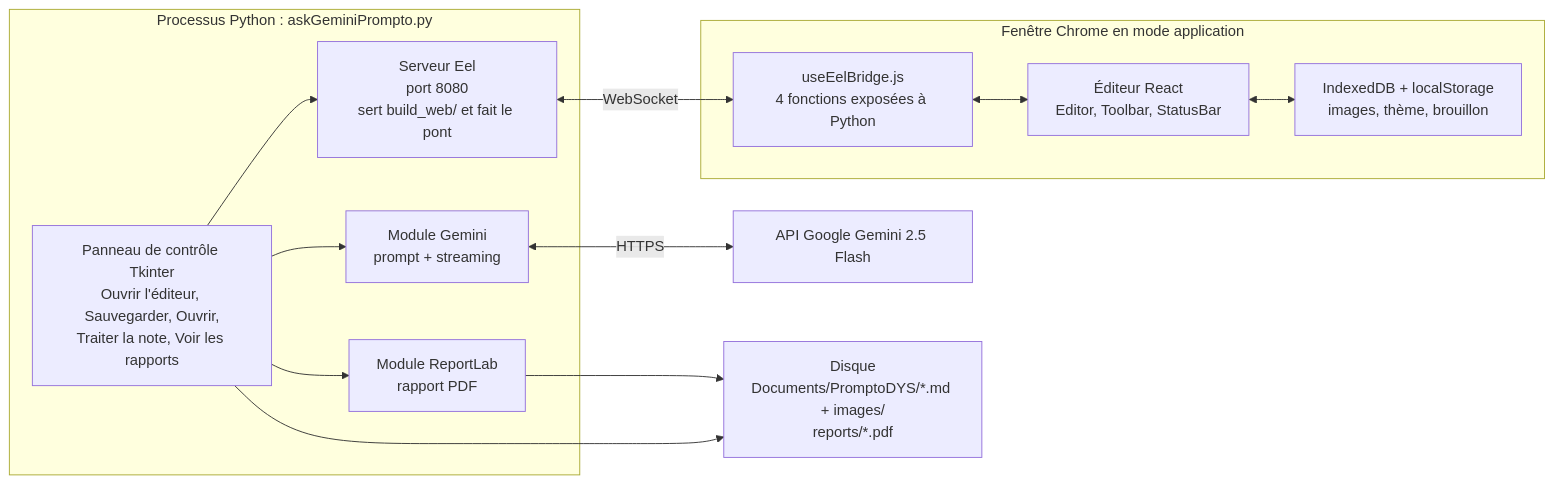
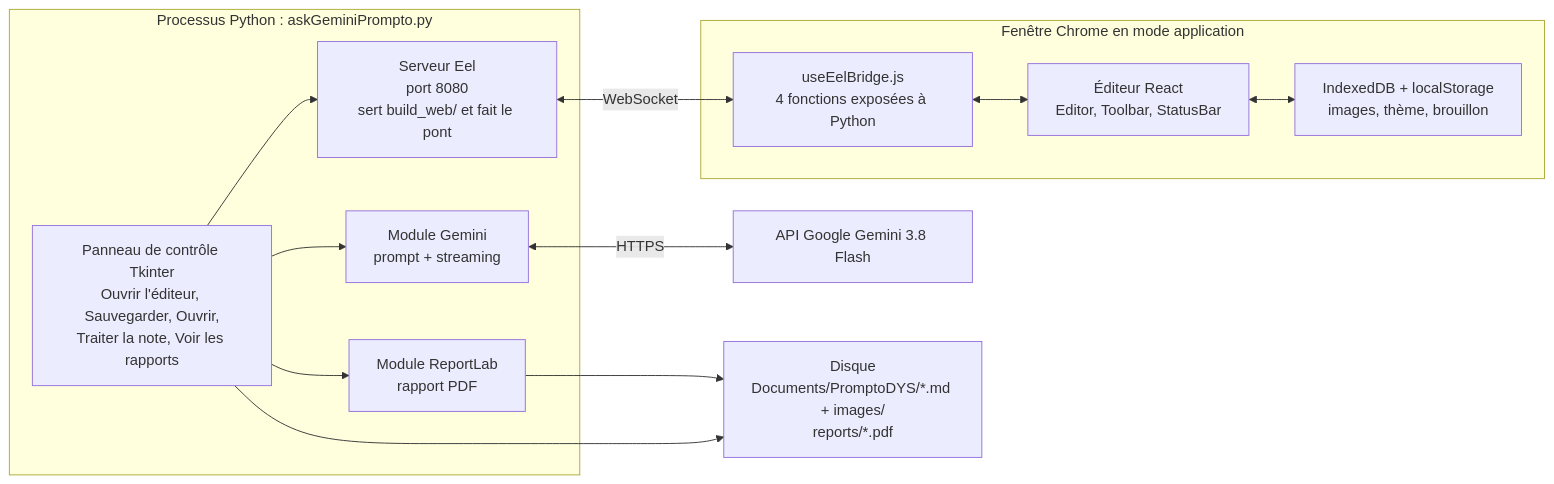
Before and after one commit to lecinquiemejour-code/PromptoDYS_app: the first of 5 diagrams in doc/ARCHITECTURE.md, drawn with Mermaid. The commit also changed 4 other files, not shown here.

First line of the commit message:
fix(ai): Switch from Gemini 2.5 Flash to Gemini 3.8 Flash

````diff
--- a/doc/ARCHITECTURE.md
+++ b/doc/ARCHITECTURE.md
@@ -41,28 +41,28 @@
 ```mermaid
 flowchart LR
     subgraph PY["Processus Python : askGeminiPrompto.py"]
         TK["Panneau de contrôle Tkinter<br/>Ouvrir l'éditeur, Sauvegarder, Ouvrir,<br/>Traiter la note, Voir les rapports"]
         EEL["Serveur Eel<br/>port 8080<br/>sert build_web/ et fait le pont"]
         IA["Module Gemini<br/>prompt + streaming"]
         PDF["Module ReportLab<br/>rapport PDF"]
     end
 
     subgraph CHROME["Fenêtre Chrome en mode application"]
         REACT["Éditeur React<br/>Editor, Toolbar, StatusBar"]
         BRIDGE["useEelBridge.js<br/>4 fonctions exposées à Python"]
         IDB["IndexedDB + localStorage<br/>images, thème, brouillon"]
     end
 
-    GEMINI["API Google Gemini 2.5 Flash"]
+    GEMINI["API Google Gemini 3.8 Flash"]
     DISK["Disque<br/>Documents/PromptoDYS/*.md + images/<br/>reports/*.pdf"]
 
     TK --> EEL
     TK --> IA
     TK --> PDF
     EEL <-- "WebSocket" --> BRIDGE
     BRIDGE <--> REACT
     REACT <--> IDB
     IA <-- "HTTPS" --> GEMINI
     PDF --> DISK
     TK --> DISK
 ```
````
